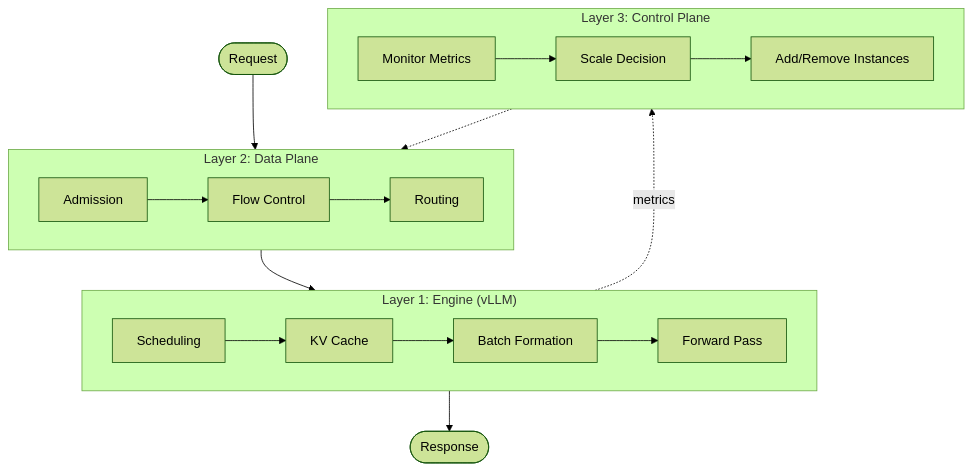
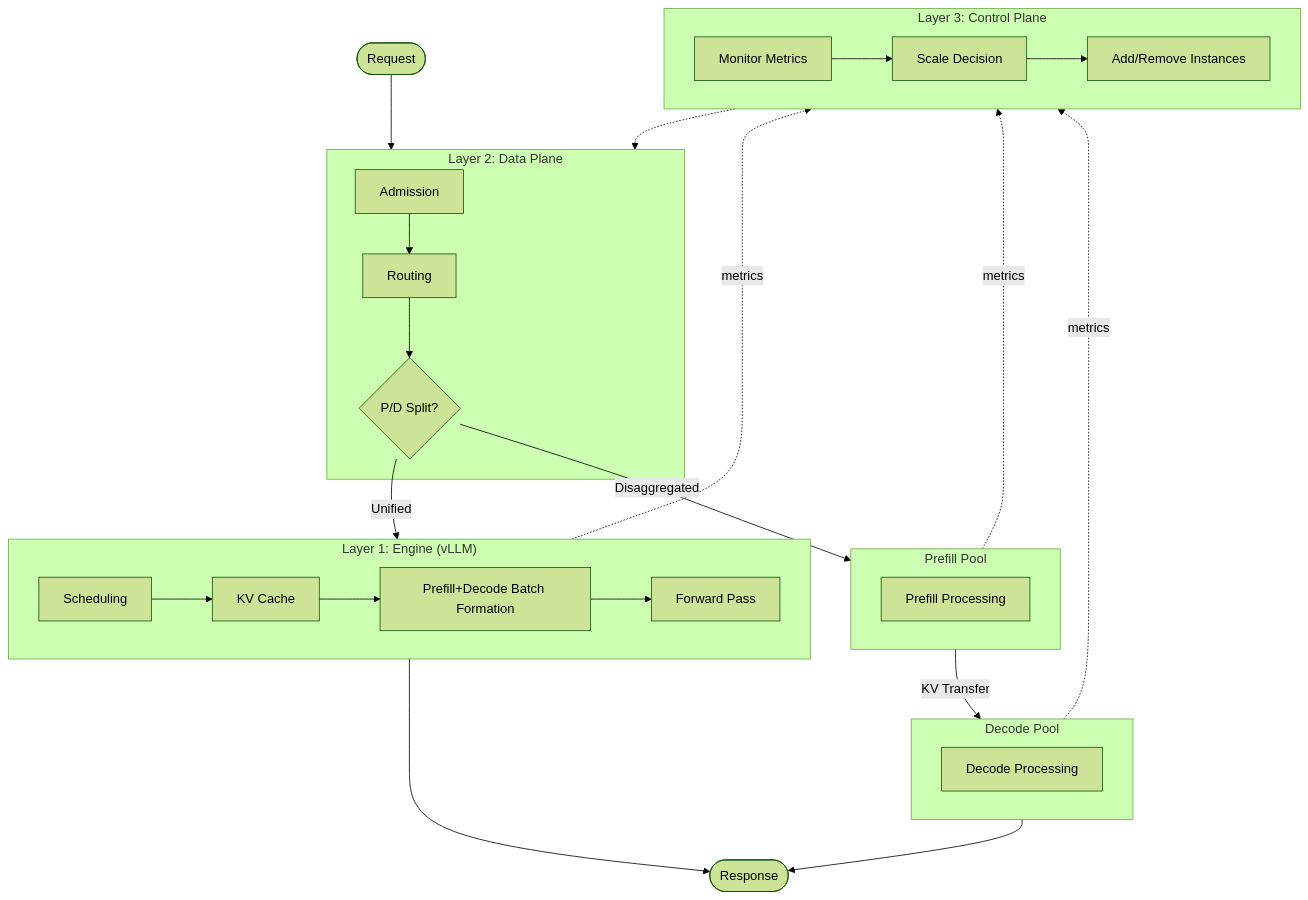
The first of 2 diagrams in docs/blog/posts/building-trust-physics-of-simulation.md (inference-sim/inference-sim), drawn with Mermaid (forest theme) before and after one commit. The commit also changed other lines of this file, not shown here.

````diff
--- a/docs/blog/posts/building-trust-physics-of-simulation.md
+++ b/docs/blog/posts/building-trust-physics-of-simulation.md
@@ -48,30 +48,44 @@
 ```mermaid
 flowchart TB
     subgraph Layer1["Layer 1: Engine (vLLM)"]
         Sched[Scheduling]
         KV[KV Cache]
-        Batch[Batch Formation]
+        Batch[Prefill+Decode Batch Formation]
         Step[Forward Pass]
         Sched --> KV --> Batch --> Step
     end
 
     subgraph Layer2["Layer 2: Data Plane"]
         Admit[Admission]
         Route[Routing]
-        Flow[Flow Control]
-        Admit --> Flow --> Route
+        PD{P/D Split?}
+        Admit --> Route
+        Route --> PD
+    end
+
+    subgraph PrefillPool["Prefill Pool"]
+        PF[Prefill Processing]
+    end
+
+    subgraph DecodePool["Decode Pool"]
+        Dec[Decode Processing]
     end
 
     subgraph Layer3["Layer 3: Control Plane"]
         Monitor[Monitor Metrics]
         Decide[Scale Decision]
         Actuate[Add/Remove Instances]
         Monitor --> Decide --> Actuate
     end
 
     Request([Request]) --> Layer2
-    Layer2 --> Layer1
+    PD -->|Unified| Layer1
+    PD -->|Disaggregated| PrefillPool
+    PrefillPool -->|KV Transfer| DecodePool
     Layer1 --> Response([Response])
+    DecodePool --> Response
     Layer3 -.-> Layer2
     Layer1 -.->|metrics| Layer3
+    PrefillPool -.->|metrics| Layer3
+    DecodePool -.->|metrics| Layer3
 ```
````
